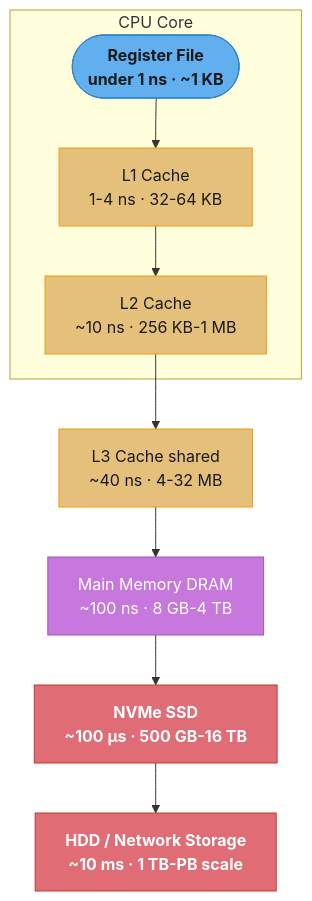
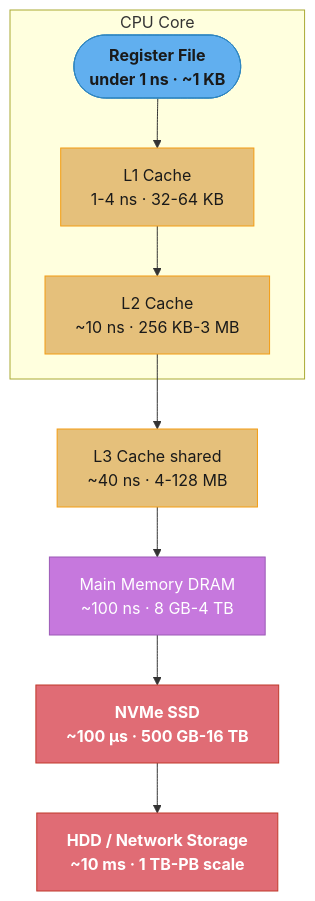
The second of 4 diagrams in src/main/java/com/rutik/systemdesign/cs_fundamentals/computer_architecture_and_memory_hierarchy/computer_architecture_and_memory_hierarchy.md (rppol/system-design), drawn with Mermaid before and after one commit. The commit also changed other lines of this file and 13 other files, not shown here.

````diff
--- a/src/main/java/com/rutik/systemdesign/cs_fundamentals/computer_architecture_and_memory_hierarchy/computer_architecture_and_memory_hierarchy.md
+++ b/src/main/java/com/rutik/systemdesign/cs_fundamentals/computer_architecture_and_memory_hierarchy/computer_architecture_and_memory_hierarchy.md
@@ -134,24 +134,24 @@
 ```mermaid
 flowchart TD
     classDef io      fill:#61afef,stroke:#2e86c1,color:#1a1a1a,font-weight:bold
     classDef frozen  fill:#c678dd,stroke:#9b59b6,color:#fff
     classDef train   fill:#98c379,stroke:#27ae60,color:#1a1a1a
     classDef mathOp  fill:#d19a66,stroke:#e67e22,color:#1a1a1a,font-weight:bold
     classDef lossN   fill:#e06c75,stroke:#c0392b,color:#fff,font-weight:bold
     classDef req     fill:#56b6c2,stroke:#0097a7,color:#1a1a1a
     classDef base    fill:#e5c07b,stroke:#f39c12,color:#1a1a1a
 
     subgraph CPU["CPU Core"]
         REG(["Register File<br/>under 1 ns · ~1 KB"]) --> L1["L1 Cache<br/>1-4 ns · 32-64 KB"]
-        L1 --> L2["L2 Cache<br/>~10 ns · 256 KB-1 MB"]
+        L1 --> L2["L2 Cache<br/>~10 ns · 256 KB-3 MB"]
     end
-    L2 --> L3["L3 Cache shared<br/>~40 ns · 4-32 MB"]
+    L2 --> L3["L3 Cache shared<br/>~40 ns · 4-128 MB"]
     L3 --> DRAM["Main Memory DRAM<br/>~100 ns · 8 GB-4 TB"]
     DRAM --> SSD["NVMe SSD<br/>~100 µs · 500 GB-16 TB"]
     SSD --> HDD["HDD / Network Storage<br/>~10 ms · 1 TB-PB scale"]
 
     class REG io
     class L1,L2,L3 base
     class DRAM frozen
     class SSD,HDD lossN
 ```
````
